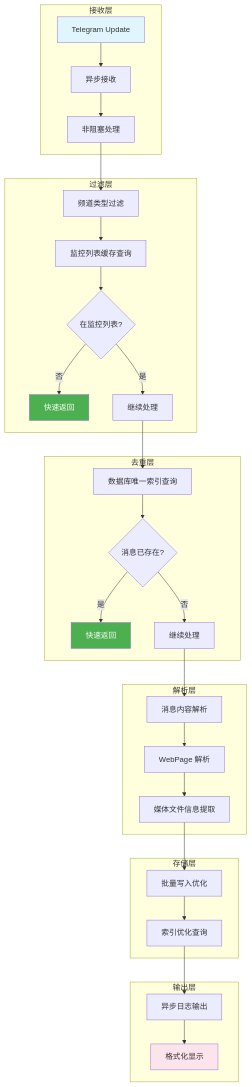
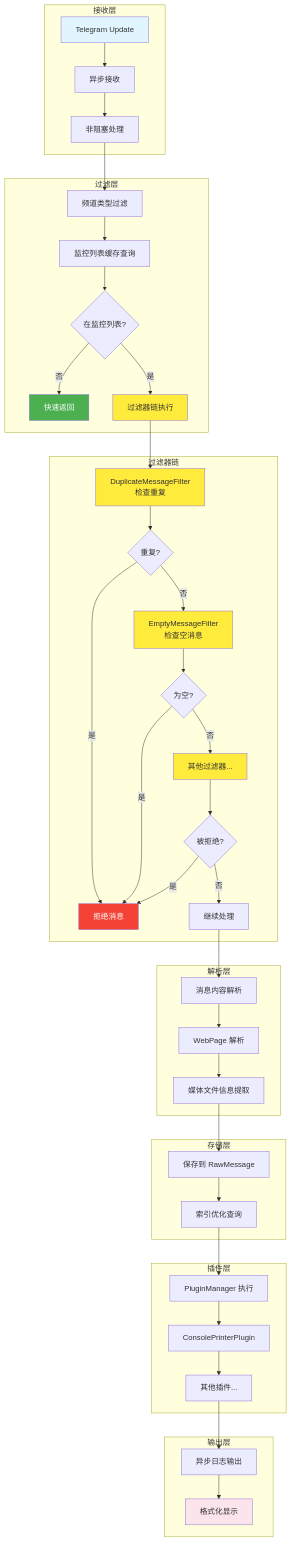
One commit to tianlovo/CocoMonyaB changed diagram 13 of 14 in docs/消息处理流程图.md. Above: the diagram before and after it, drawn with Mermaid. The commit also changed other lines of this file and 17 other files, not shown here.

````diff
--- a/docs/消息处理流程图.md
+++ b/docs/消息处理流程图.md
@@ -476,43 +590,59 @@
 ```mermaid
 graph TB
     subgraph 接收层
         A[Telegram Update] --> B[异步接收]
         B --> C[非阻塞处理]
     end
     
     subgraph 过滤层
         C --> D[频道类型过滤]
         D --> E[监控列表缓存查询]
         E --> F{在监控列表?}
         F -->|否| G[快速返回]
-        F -->|是| H[继续处理]
+        F -->|是| H[过滤器链执行]
     end
     
-    subgraph 去重层
-        H --> I[数据库唯一索引查询]
-        I --> J{消息已存在?}
-        J -->|是| K[快速返回]
-        J -->|否| L[继续处理]
+    subgraph 过滤器链
+        H --> I1[DuplicateMessageFilter<br/>检查重复]
+        I1 --> I2{重复?}
+        I2 -->|是| J1[拒绝消息]
+        I2 -->|否| I3[EmptyMessageFilter<br/>检查空消息]
+        I3 --> I4{为空?}
+        I4 -->|是| J1
+        I4 -->|否| I5[其他过滤器...]
+        I5 --> I6{被拒绝?}
+        I6 -->|是| J1
+        I6 -->|否| K[继续处理]
     end
     
     subgraph 解析层
-        L --> M[消息内容解析]
-        M --> N[WebPage 解析]
-        N --> O[媒体文件信息提取]
+        K --> L[消息内容解析]
+        L --> M[WebPage 解析]
+        M --> N[媒体文件信息提取]
     end
     
     subgraph 存储层
-        O --> P[批量写入优化]
-        P --> Q[索引优化查询]
+        N --> O[保存到 RawMessage]
+        O --> P[索引优化查询]
+    end
+    
+    subgraph 插件层
+        P --> Q[PluginManager 执行]
+        Q --> R[ConsolePrinterPlugin]
+        R --> S[其他插件...]
     end
     
     subgraph 输出层
-        Q --> R[异步日志输出]
-        R --> S[格式化显示]
+        S --> T[异步日志输出]
+        T --> U[格式化显示]
     end
     
     style A fill:#e1f5ff
     style G fill:#4caf50,color:#fff
-    style K fill:#4caf50,color:#fff
-    style S fill:#fce4ec
+    style H fill:#ffeb3b
+    style I1 fill:#ffeb3b
+    style I3 fill:#ffeb3b
+    style I5 fill:#ffeb3b
+    style J1 fill:#f44336,color:#fff
+    style U fill:#fce4ec
 ```
````
